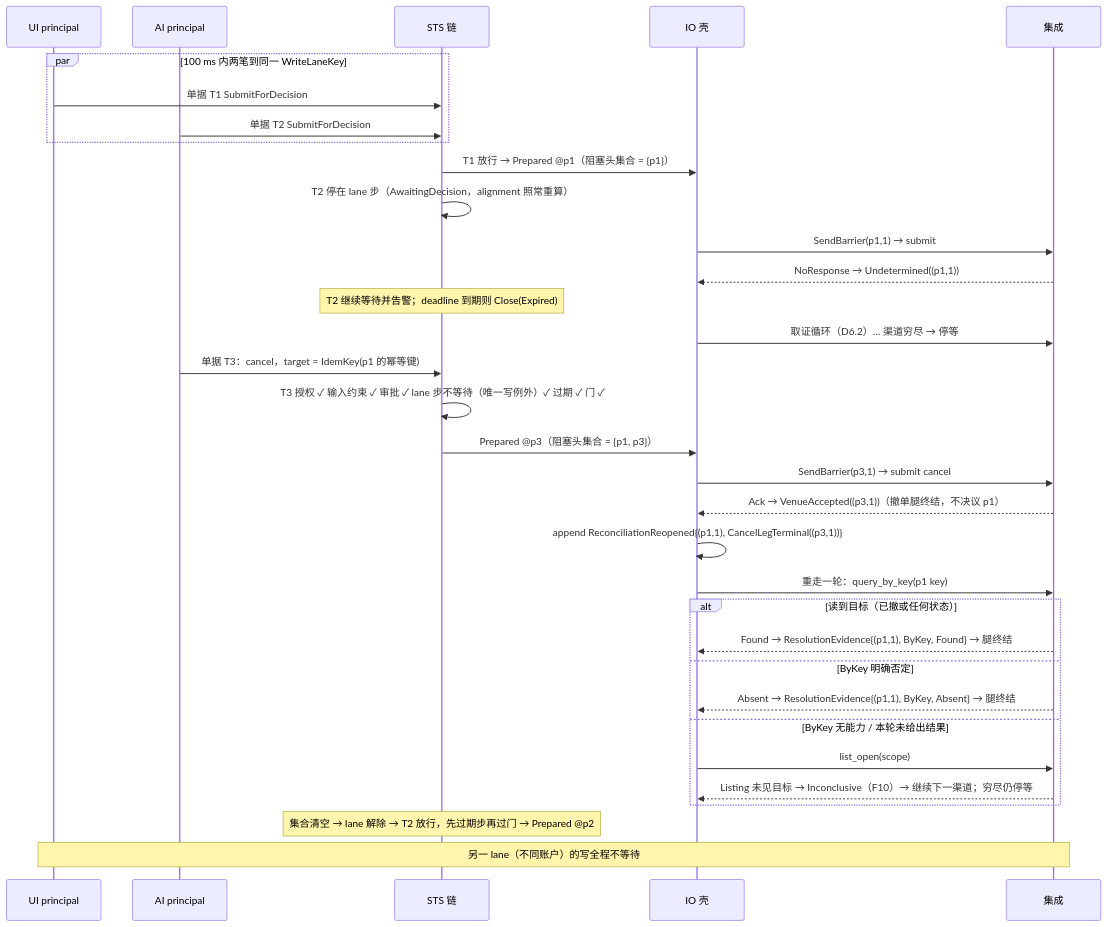
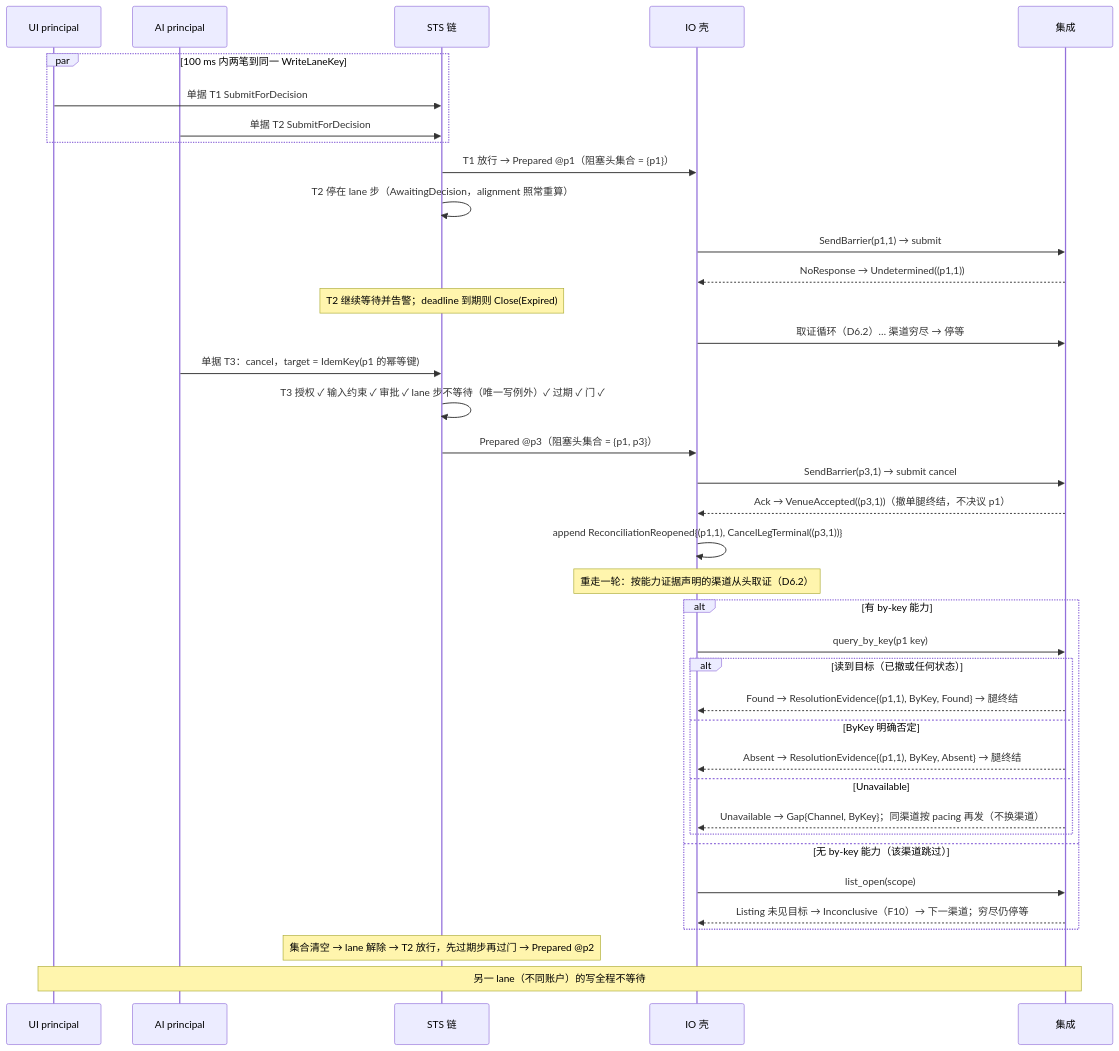
The seventh of 7 diagrams in design/diagrams/06-io-shell-attempt.md (mouriya-s-lab/uta), drawn with Mermaid before and after one commit. The commit also changed other lines of this file and 24 other files, not shown here.

````diff
--- a/design/diagrams/06-io-shell-attempt.md
+++ b/design/diagrams/06-io-shell-attempt.md
@@ -257,35 +259,40 @@
 ```mermaid
 sequenceDiagram
   participant UI as UI principal
   participant AI as AI principal
   participant S as STS 链
   participant IO as IO 壳
   participant I as 集成
   par 100 ms 内两笔到同一 WriteLaneKey
     UI->>S: 单据 T1 SubmitForDecision
     AI->>S: 单据 T2 SubmitForDecision
   end
   S->>IO: T1 放行 → Prepared @p1（阻塞头集合 = {p1}）
   S->>S: T2 停在 lane 步（AwaitingDecision，alignment 照常重算）
   IO->>I: SendBarrier(p1,1) → submit
   I-->>IO: NoResponse → Undetermined((p1,1))
   Note over S: T2 继续等待并告警；deadline 到期则 Close(Expired)
   IO->>I: 取证循环（D6.2）… 渠道穷尽 → 停等
   AI->>S: 单据 T3：cancel，target = IdemKey(p1 的幂等键)
   S->>S: T3 授权 ✓ 输入约束 ✓ 审批 ✓ lane 步不等待（唯一写例外）✓ 过期 ✓ 门 ✓
   S->>IO: Prepared @p3（阻塞头集合 = {p1, p3}）
   IO->>I: SendBarrier(p3,1) → submit cancel
   I-->>IO: Ack → VenueAccepted((p3,1))（撤单腿终结，不决议 p1）
   IO->>IO: append ReconciliationReopened{(p1,1), CancelLegTerminal((p3,1))}
-  IO->>I: 重走一轮：query_by_key(p1 key)
-  alt 读到目标（已撤或任何状态）
-    I-->>IO: Found → ResolutionEvidence{(p1,1), ByKey, Found} → 腿终结
-  else ByKey 明确否定
-    I-->>IO: Absent → ResolutionEvidence{(p1,1), ByKey, Absent} → 腿终结
-  else ByKey 无能力 / 本轮未给出结果
+  Note over IO: 重走一轮：按能力证据声明的渠道从头取证（D6.2）
+  alt 有 by-key 能力
+    IO->>I: query_by_key(p1 key)
+    alt 读到目标（已撤或任何状态）
+      I-->>IO: Found → ResolutionEvidence{(p1,1), ByKey, Found} → 腿终结
+    else ByKey 明确否定
+      I-->>IO: Absent → ResolutionEvidence{(p1,1), ByKey, Absent} → 腿终结
+    else Unavailable
+      I-->>IO: Unavailable → Gap{Channel, ByKey}；同渠道按 pacing 再发（不换渠道）
+    end
+  else 无 by-key 能力（该渠道跳过）
     IO->>I: list_open(scope)
-    I-->>IO: Listing 未见目标 → Inconclusive（F10）→ 继续下一渠道；穷尽仍停等
+    I-->>IO: Listing 未见目标 → Inconclusive（F10）→ 下一渠道；穷尽仍停等
   end
   Note over S: 集合清空 → lane 解除 → T2 放行，先过期步再过门 → Prepared @p2
   Note over UI,I: 另一 lane（不同账户）的写全程不等待
 ```
````
